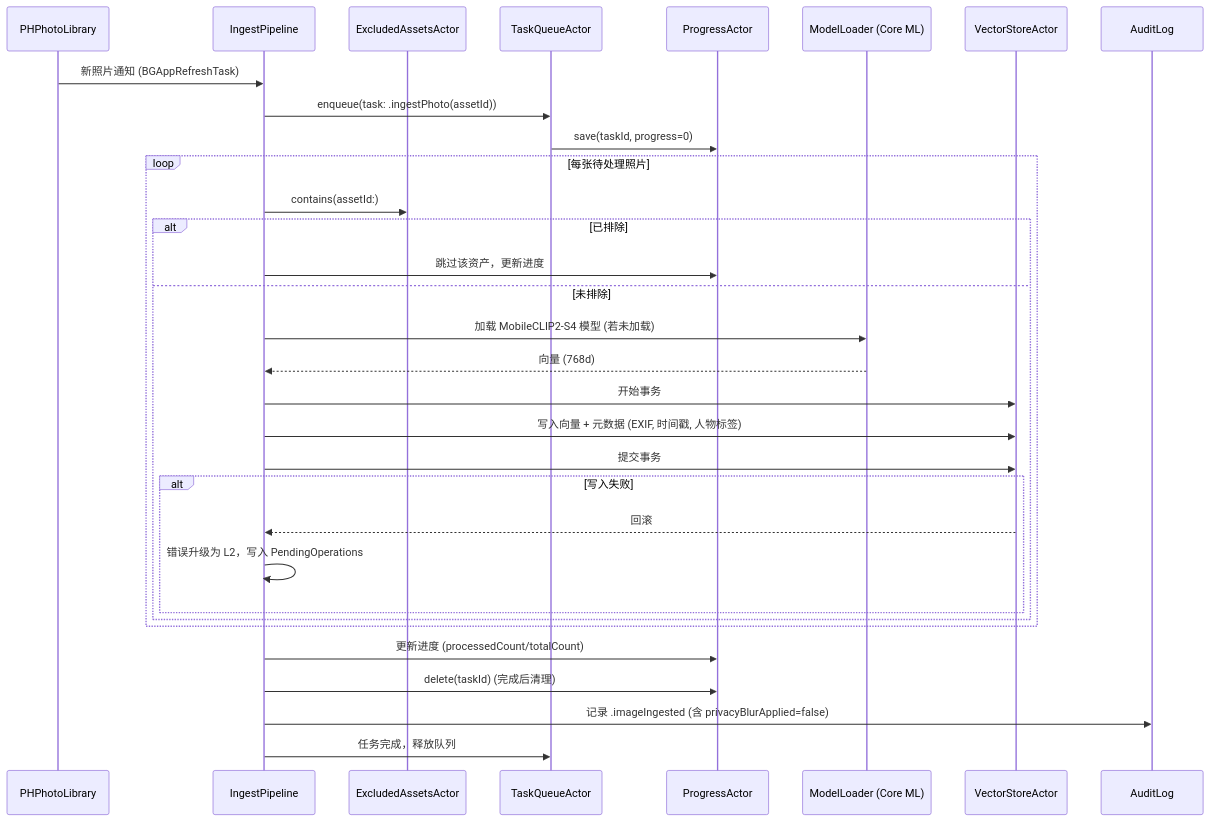
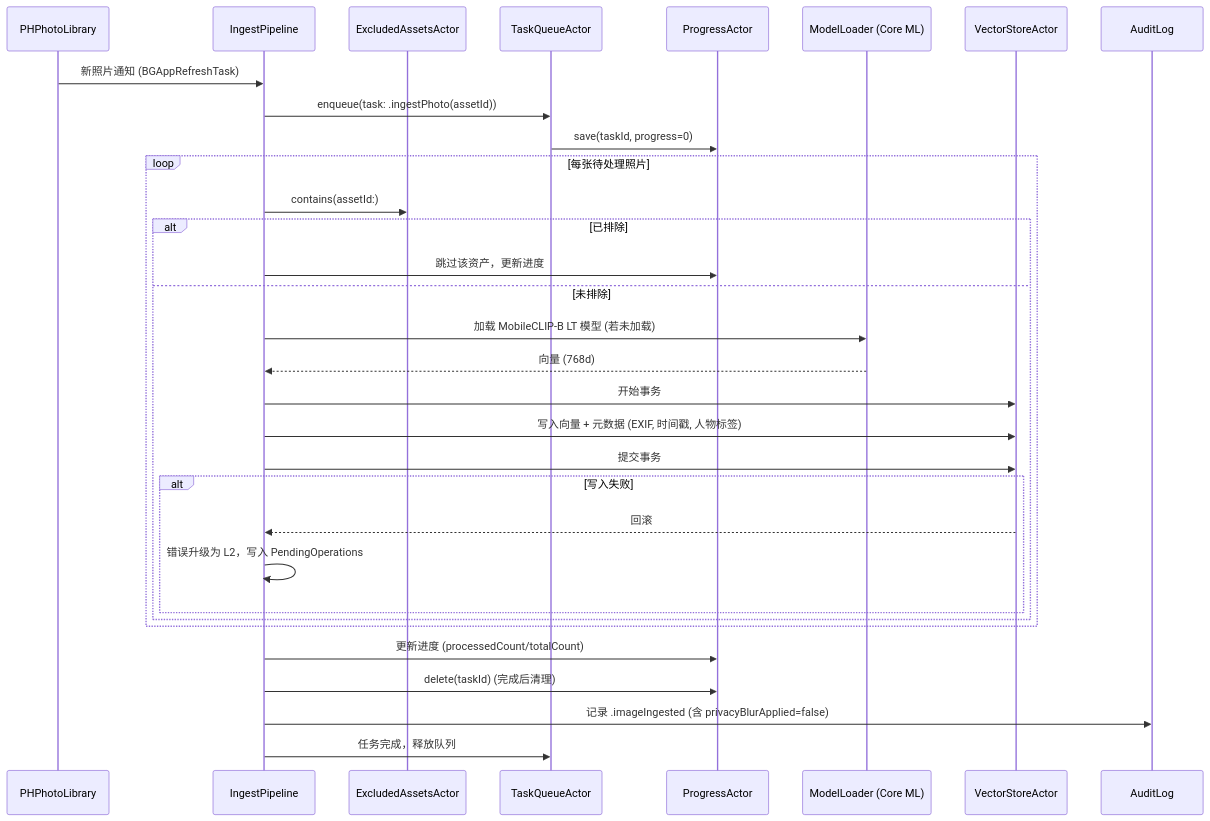
The third of 12 diagrams in docs/02-architecture/数据流全链路技术说明文档.md (logan-suu/Echo), drawn with Mermaid before and after one commit. The commit also changed other lines of this file and 4 other files, not shown here.

````diff
--- a/docs/02-architecture/数据流全链路技术说明文档.md
+++ b/docs/02-architecture/数据流全链路技术说明文档.md
@@ -135,35 +135,35 @@
 ```mermaid
 sequenceDiagram
     participant PhotoKit as PHPhotoLibrary
     participant IP as IngestPipeline
     participant EA as ExcludedAssetsActor
     participant TQ as TaskQueueActor
     participant PR as ProgressActor
     participant Model as ModelLoader (Core ML)
     participant VA as VectorStoreActor
     participant Audit as AuditLog
 
     PhotoKit->>IP: 新照片通知 (BGAppRefreshTask)
     IP->>TQ: enqueue(task: .ingestPhoto(assetId))
     TQ->>PR: save(taskId, progress=0)
     loop 每张待处理照片
         IP->>EA: contains(assetId:)
         alt 已排除
             IP->>PR: 跳过该资产，更新进度
         else 未排除
-            IP->>Model: 加载 MobileCLIP2-S4 模型 (若未加载)
+            IP->>Model: 加载 MobileCLIP-B LT 模型 (若未加载)
             Model-->>IP: 向量 (768d)
             IP->>VA: 开始事务
             IP->>VA: 写入向量 + 元数据 (EXIF, 时间戳, 人物标签)
             IP->>VA: 提交事务
             alt 写入失败
                 VA-->>IP: 回滚
                 IP->>IP: 错误升级为 L2，写入 PendingOperations
             end
         end
     end
     IP->>PR: 更新进度 (processedCount/totalCount)
     IP->>PR: delete(taskId) (完成后清理)
     IP->>Audit: 记录 .imageIngested (含 privacyBlurApplied=false)
     IP->>TQ: 任务完成，释放队列
 ```
````
